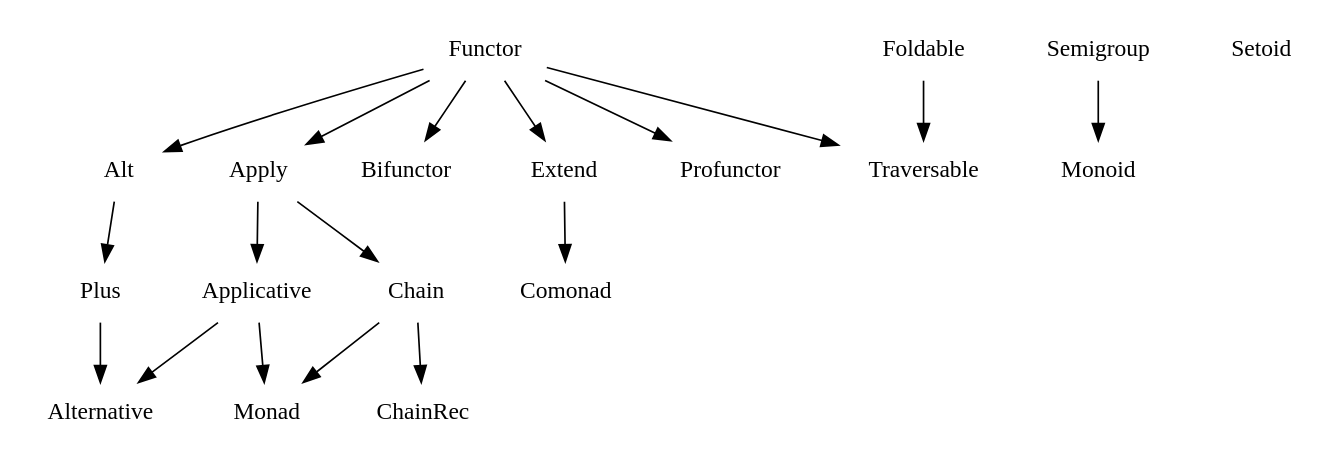
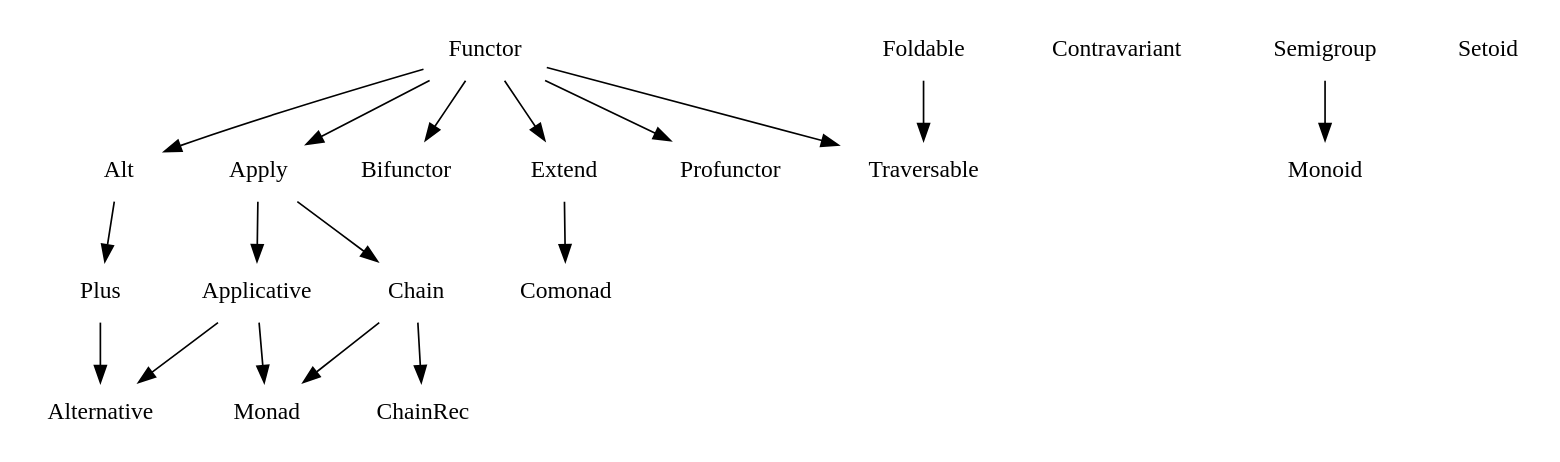
Before and after one commit to fantasyland/fantasy-land: the diagram in figures/dependencies.dot, drawn with Graphviz. The commit also changed 4 other files, not shown here.

```diff
--- a/figures/dependencies.dot
+++ b/figures/dependencies.dot
@@ -1,42 +1,43 @@
 digraph {
   node [shape=plaintext]
 
   # Algebras
   Alt;
   Alternative;
   Applicative;
   Apply;
   Bifunctor;
   Chain;
   ChainRec;
   Comonad;
   Extend;
   Foldable;
   Functor;
+  Contravariant;
   Monad;
   Monoid;
   Plus;
   Profunctor;
   Semigroup;
   Setoid;
   Traversable;
 
   # Dependencies
   Alt -> Plus;
   Applicative -> Alternative;
   Applicative -> Monad;
   Apply -> Applicative;
   Apply -> Chain;
   Chain -> ChainRec;
   Chain -> Monad;
   Extend -> Comonad;
   Foldable -> Traversable;
   Functor -> Alt;
   Functor -> Apply;
   Functor -> Bifunctor;
   Functor -> Extend;
   Functor -> Profunctor;
   Functor -> Traversable;
   Plus -> Alternative;
   Semigroup -> Monoid;
 }
```
